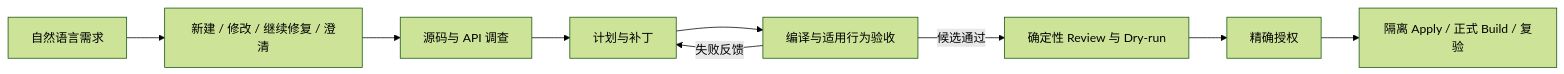
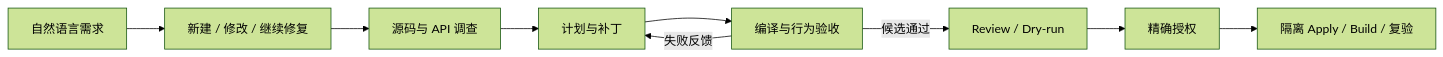
The diagram in README.md (yang-hoo-xin/-agent), drawn with Mermaid (forest theme) before and after one commit. The commit also changed other lines of this file and 29 other files, not shown here.

````diff
--- a/README.md
+++ b/README.md
@@ -13,11 +32,11 @@
 ```mermaid
 flowchart LR
-    A[自然语言需求] --> B[新建 / 修改 / 继续修复 / 澄清]
+    A[自然语言需求] --> B[新建 / 修改 / 继续修复]
     B --> C[源码与 API 调查]
     C --> D[计划与补丁]
-    D --> E[编译与适用行为验收]
+    D --> E[编译与行为验收]
     E -->|失败反馈| D
-    E -->|候选通过| F[确定性 Review 与 Dry-run]
+    E -->|候选通过| F[Review / Dry-run]
     F --> G[精确授权]
-    G --> H[隔离 Apply / 正式 Build / 复验]
+    G --> H[隔离 Apply / Build / 复验]
 ```
````
